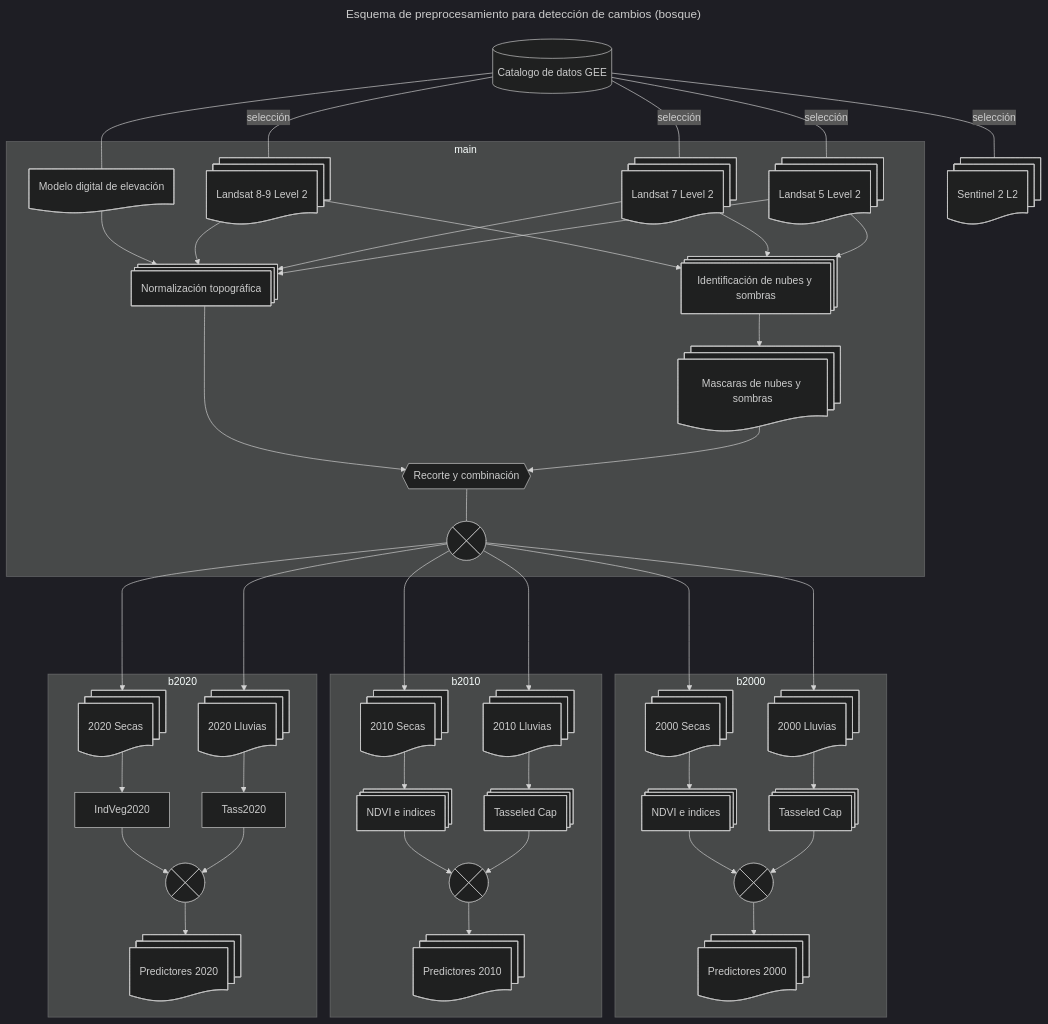
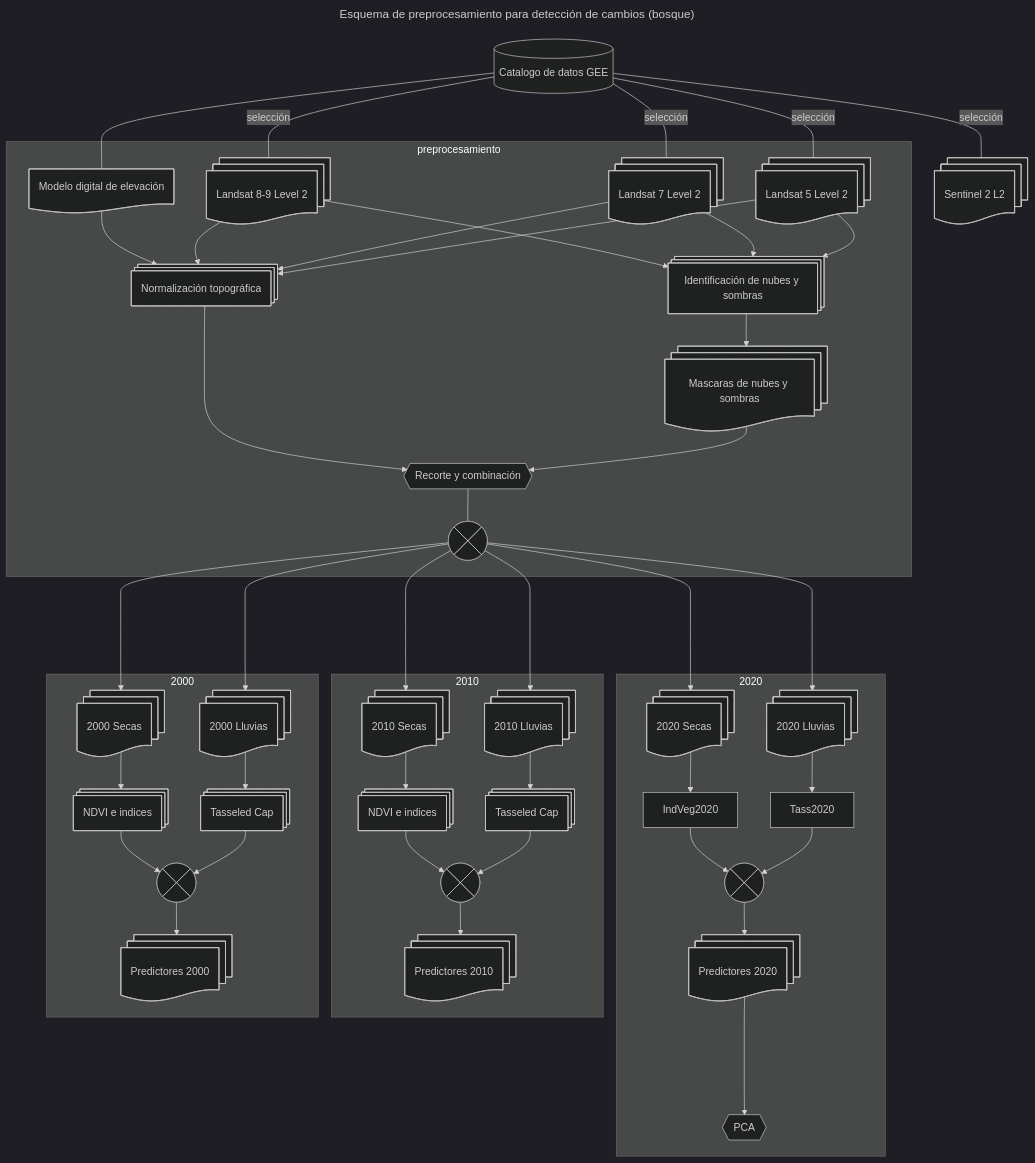
The diagram in ANPs/Esquema_preprocesamiento.mermaid (vshalisko/GEE), drawn with Mermaid (dark theme) before and after one commit. The commit also changed other lines of this file, not shown here.

```diff
--- a/ANPs/Esquema_preprocesamiento.mermaid
+++ b/ANPs/Esquema_preprocesamiento.mermaid
@@ -1,92 +1,95 @@
 ---
 title: Esquema de preprocesamiento para detección de cambios (bosque)
 ---
 flowchart TD
     gee1[(Catalogo de datos GEE)]
     Landsat8@{ shape: docs, label: Landsat 8-9 Level 2}
     Landsat7@{ shape: docs, label: Landsat 7 Level 2}
     Landsat5@{ shape: docs, label: Landsat 5 Level 2}
     Sentinel2@{ shape: docs, label: Sentinel 2 L2}
     MDE@{ shape: doc, label: Modelo digital de elevación}
     
     INS@{ shape: procs, label: "Identificación de nubes y sombras"}
     MNS@{ shape: docs, label: "Mascaras de nubes y sombras"}
     NT@{ shape: procs, label: "Normalización topográfica"}
     Combinacion1@{ shape: hex, label: "Recorte y combinación" }
     Combinacion2@{ shape: cross-circ, label: "Promedios de bandas" }
 
     BSecas2000@{ shape: docs, label: 2000 Secas}
     BLluvias2000@{ shape: docs, label: 2000 Lluvias}
     BSecas2010@{ shape: docs, label: 2010 Secas}
     BLluvias2010@{ shape: docs, label: 2010 Lluvias}
     BSecas2020@{ shape: docs, label: 2020 Secas}
     BLluvias2020@{ shape: docs, label: 2020 Lluvias}
 
     IndVeg2000@{ shape: procs, label: "NDVI e indices"}
     IndVeg2010@{ shape: procs, label: "NDVI e indices"}
     IndVeg2010@{ shape: procs, label: "NDVI e indices"}
     Tass2000@{ shape: procs, label: "Tasseled Cap"}
     Tass2010@{ shape: procs, label: "Tasseled Cap"}
     Tass2010@{ shape: procs, label: "Tasseled Cap"}
 
     Comb2000@{ shape: cross-circ, label: "Combinación" }
     Comb2010@{ shape: cross-circ, label: "Combinación" }
     Comb2020@{ shape: cross-circ, label: "Combinación" }
 
     Capas2000@{ shape: docs, label: Predictores 2000}
     Capas2010@{ shape: docs, label: Predictores 2010}
     Capas2020@{ shape: docs, label: Predictores 2020}
 
+    PCA2020@{ shape: hex, label: "PCA"}
+
     gee1---|selección|Landsat8
     gee1---|selección|Landsat7
     gee1---|selección|Landsat5
     gee1---|selección|Sentinel2
     gee1---MDE
 
-    subgraph main
+    subgraph preprocesamiento
         Landsat8-->INS
         Landsat7-->INS
         Landsat5-->INS
 
         MDE-->NT
         Landsat8-->NT
         Landsat7-->NT
         Landsat5-->NT
 
         INS-->MNS
         NT-->Combinacion1
         MNS-->Combinacion1
         Combinacion1---Combinacion2
         
     end
 
     Combinacion2---->BSecas2000
     Combinacion2---->BLluvias2000
     Combinacion2---->BSecas2010
     Combinacion2---->BLluvias2010
     Combinacion2---->BSecas2020
     Combinacion2---->BLluvias2020
 
-    subgraph b2000
+    subgraph 2000
         BSecas2000-->IndVeg2000
         BLluvias2000-->Tass2000
         IndVeg2000-->Comb2000
         Tass2000-->Comb2000
         Comb2000-->Capas2000
     end
 
-    subgraph b2010
+    subgraph 2010
         BSecas2010-->IndVeg2010
         BLluvias2010-->Tass2010
         IndVeg2010-->Comb2010
         Tass2010-->Comb2010
         Comb2010-->Capas2010
     end
 
-    subgraph b2020
+    subgraph 2020
         BSecas2020-->IndVeg2020
         BLluvias2020-->Tass2020
         IndVeg2020-->Comb2020
         Tass2020-->Comb2020
         Comb2020-->Capas2020
+        Capas2020---->PCA2020
     end
```
